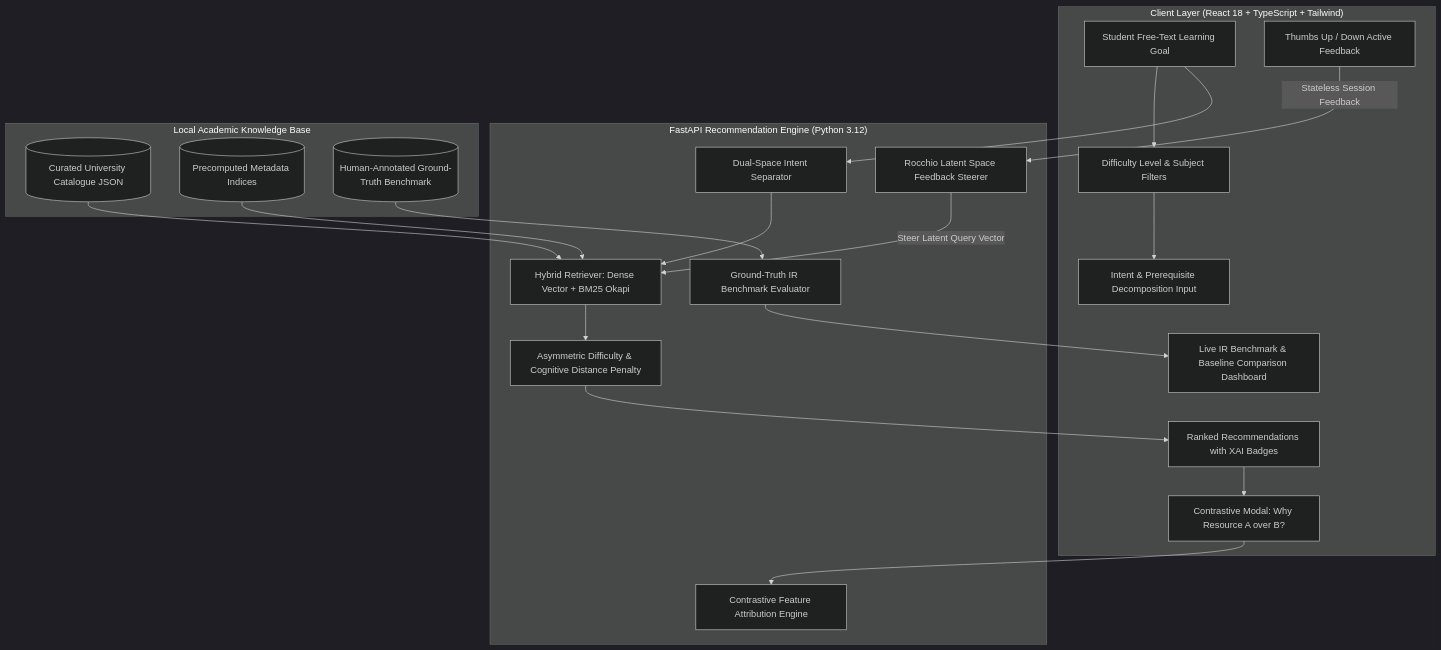
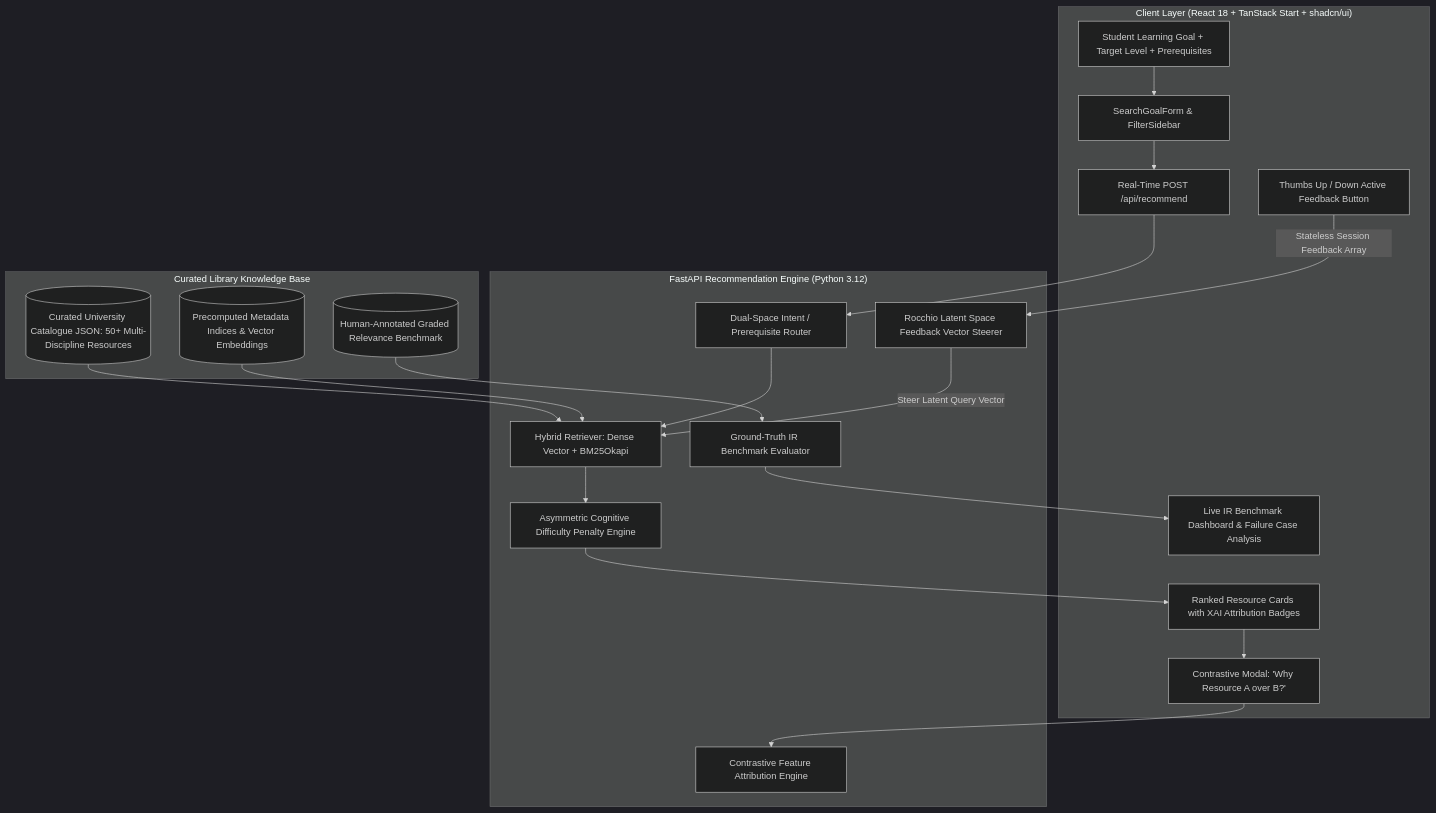
One commit to Drv4ever/ScholarPath-AI- changed the diagram in README.md. Above: the diagram before and after it, drawn with Mermaid (dark theme). The commit also changed other lines of this file and 14 other files, not shown here.

Commit message:
feat(evaluation): resolve dashboard comparison contradiction, enrich cross-disciplinary metadata, and enhance test suite

````diff
--- a/README.md
+++ b/README.md
@@ -27,39 +146,39 @@
 ```mermaid
 flowchart TD
-    subgraph UI ["Client Layer (React 18 + TypeScript + Tailwind)"]
-        A[Student Free-Text Learning Goal] --> B[Difficulty Level & Subject Filters]
-        B --> C[Intent & Prerequisite Decomposition Input]
-        D[Ranked Recommendations with XAI Badges]
-        E[Thumbs Up / Down Active Feedback]
-        F[Contrastive Modal: Why Resource A over B?]
-        G[Live IR Benchmark & Baseline Comparison Dashboard]
+    subgraph UI ["Client Layer (React 18 + TanStack Start + shadcn/ui)"]
+        A[Student Learning Goal + Target Level + Prerequisites] --> B[SearchGoalForm & FilterSidebar]
+        B --> C[Real-Time POST /api/recommend]
+        D[Ranked Resource Cards with XAI Attribution Badges]
+        E[Thumbs Up / Down Active Feedback Button]
+        F[Contrastive Modal: 'Why Resource A over B?']
+        G[Live IR Benchmark Dashboard & Failure Case Analysis]
     end
 
     subgraph API ["FastAPI Recommendation Engine (Python 3.12)"]
-        H[Dual-Space Intent Separator]
-        I[Hybrid Retriever: Dense Vector + BM25 Okapi]
-        J[Asymmetric Difficulty & Cognitive Distance Penalty]
-        K[Rocchio Latent Space Feedback Steerer]
+        H[Dual-Space Intent / Prerequisite Router]
+        I[Hybrid Retriever: Dense Vector + BM25Okapi]
+        J[Asymmetric Cognitive Difficulty Penalty Engine]
+        K[Rocchio Latent Space Feedback Vector Steerer]
         L[Contrastive Feature Attribution Engine]
         M[Ground-Truth IR Benchmark Evaluator]
     end
 
-    subgraph Data ["Local Academic Knowledge Base"]
-        N[(Curated University Catalogue JSON)]
-        O[(Precomputed Metadata Indices)]
-        P[(Human-Annotated Ground-Truth Benchmark)]
+    subgraph KnowledgeBase ["Curated Library Knowledge Base"]
+        N[(Curated University Catalogue JSON: 50+ Multi-Discipline Resources)]
+        O[(Precomputed Metadata Indices & Vector Embeddings)]
+        P[(Human-Annotated Graded Relevance Benchmark)]
     end
 
-    A --> H
+    C --> H
     H --> I
     N --> I
     O --> I
     I --> J
     J --> D
-    E -->|Stateless Session Feedback| K
+    E -->|Stateless Session Feedback Array| K
     K -->|Steer Latent Query Vector| I
     D --> F
     F --> L
     P --> M
     M --> G
 ```
````
